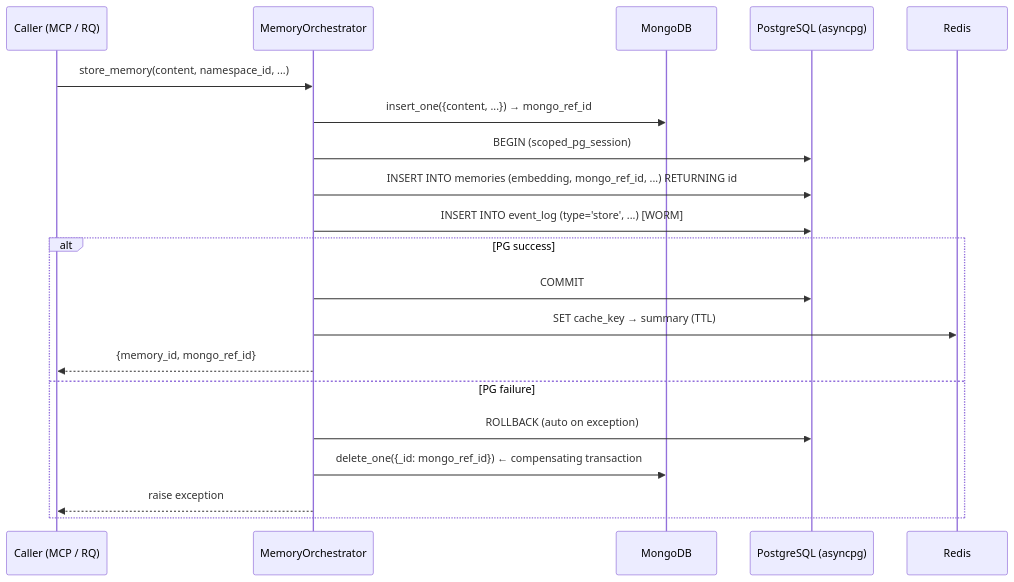
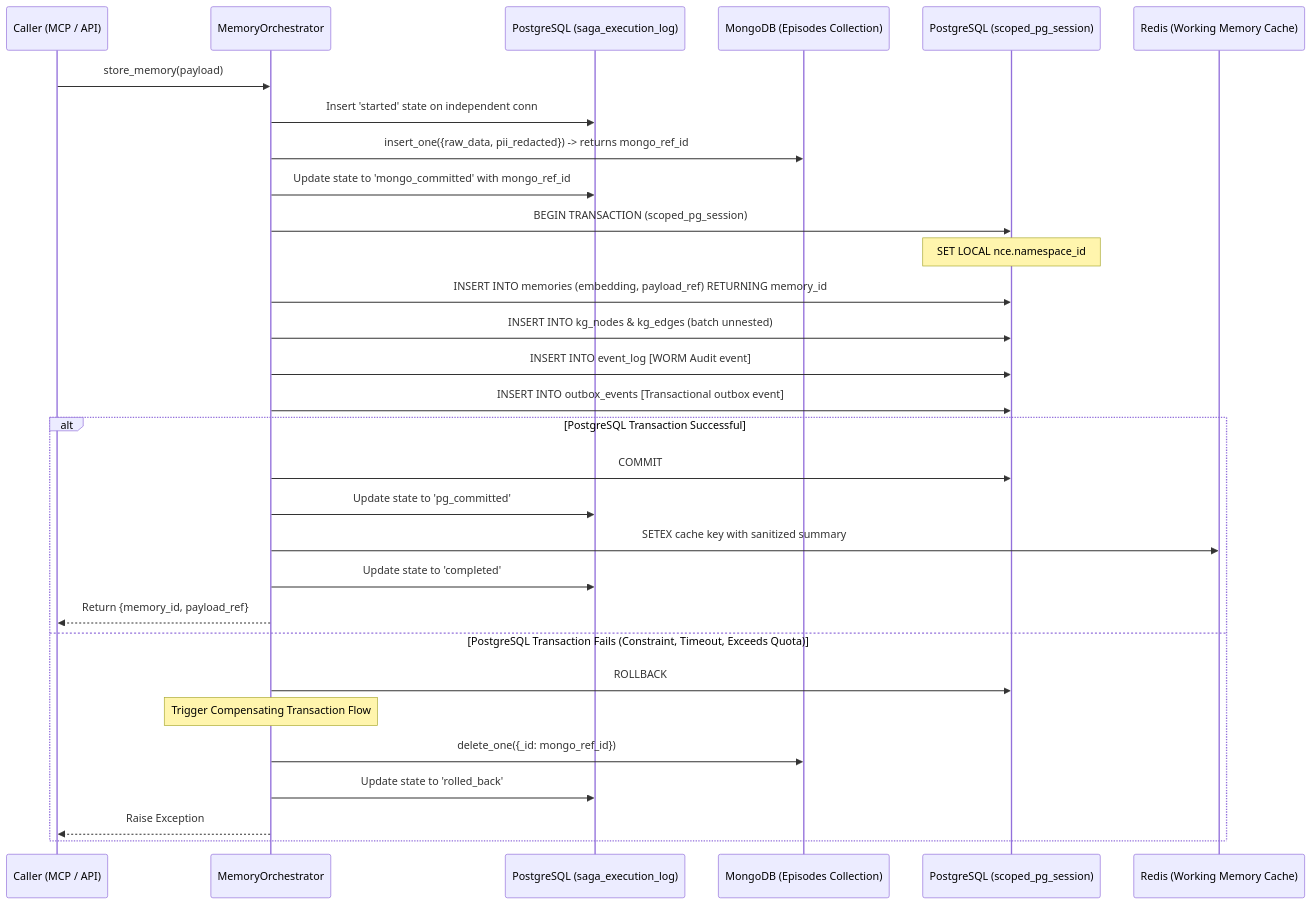
The first of 2 diagrams in docs/database_architecture.md (sindrehaugen/TriMCP), drawn with Mermaid before and after one commit. The commit also changed other lines of this file and 242 other files, not shown here.

````diff
--- a/docs/database_architecture.md
+++ b/docs/database_architecture.md
@@ -145,23 +120,33 @@
 ```mermaid
 sequenceDiagram
-  participant C as Caller (MCP / RQ)
-  participant M as MemoryOrchestrator
-  participant MG as MongoDB
-  participant PG as PostgreSQL (asyncpg)
-  participant RD as Redis
+  participant C as Caller (MCP / API)
+  participant S as MemoryOrchestrator
+  participant SL as PostgreSQL (saga_execution_log)
+  participant MG as MongoDB (Episodes Collection)
+  participant PG as PostgreSQL (scoped_pg_session)
+  participant RD as Redis (Working Memory Cache)
 
-  C->>M: store_memory(content, namespace_id, ...)
-  M->>MG: insert_one({content, ...}) → mongo_ref_id
-  M->>PG: BEGIN (scoped_pg_session)
-  M->>PG: INSERT INTO memories (embedding, mongo_ref_id, ...) RETURNING id
-  M->>PG: INSERT INTO event_log (type='store', ...) [WORM]
-  alt PG success
-    M->>PG: COMMIT
-    M->>RD: SET cache_key → summary (TTL)
-    M-->>C: {memory_id, mongo_ref_id}
-  else PG failure
-    M->>PG: ROLLBACK (auto on exception)
-    M->>MG: delete_one({_id: mongo_ref_id})  ← compensating transaction
-    M-->>C: raise exception
+  C->>S: store_memory(payload)
+  S->>SL: Insert 'started' state on independent conn
+  S->>MG: insert_one({raw_data, pii_redacted}) -> returns mongo_ref_id
+  S->>SL: Update state to 'mongo_committed' with mongo_ref_id
+  S->>PG: BEGIN TRANSACTION (scoped_pg_session)
+  Note over PG: SET LOCAL nce.namespace_id
+  S->>PG: INSERT INTO memories (embedding, payload_ref) RETURNING memory_id
+  S->>PG: INSERT INTO kg_nodes & kg_edges (batch unnested)
+  S->>PG: INSERT INTO event_log [WORM Audit event]
+  S->>PG: INSERT INTO outbox_events [Transactional outbox event]
+  alt PostgreSQL Transaction Successful
+    S->>PG: COMMIT
+    S->>SL: Update state to 'pg_committed'
+    S->>RD: SETEX cache key with sanitized summary
+    S->>SL: Update state to 'completed'
+    S-->>C: Return {memory_id, payload_ref}
+  else PostgreSQL Transaction Fails (Constraint, Timeout, Exceeds Quota)
+    S->>PG: ROLLBACK
+    Note over S: Trigger Compensating Transaction Flow
+    S->>MG: delete_one({_id: mongo_ref_id})
+    S->>SL: Update state to 'rolled_back'
+    S-->>C: Raise Exception
   end
 ```
````
